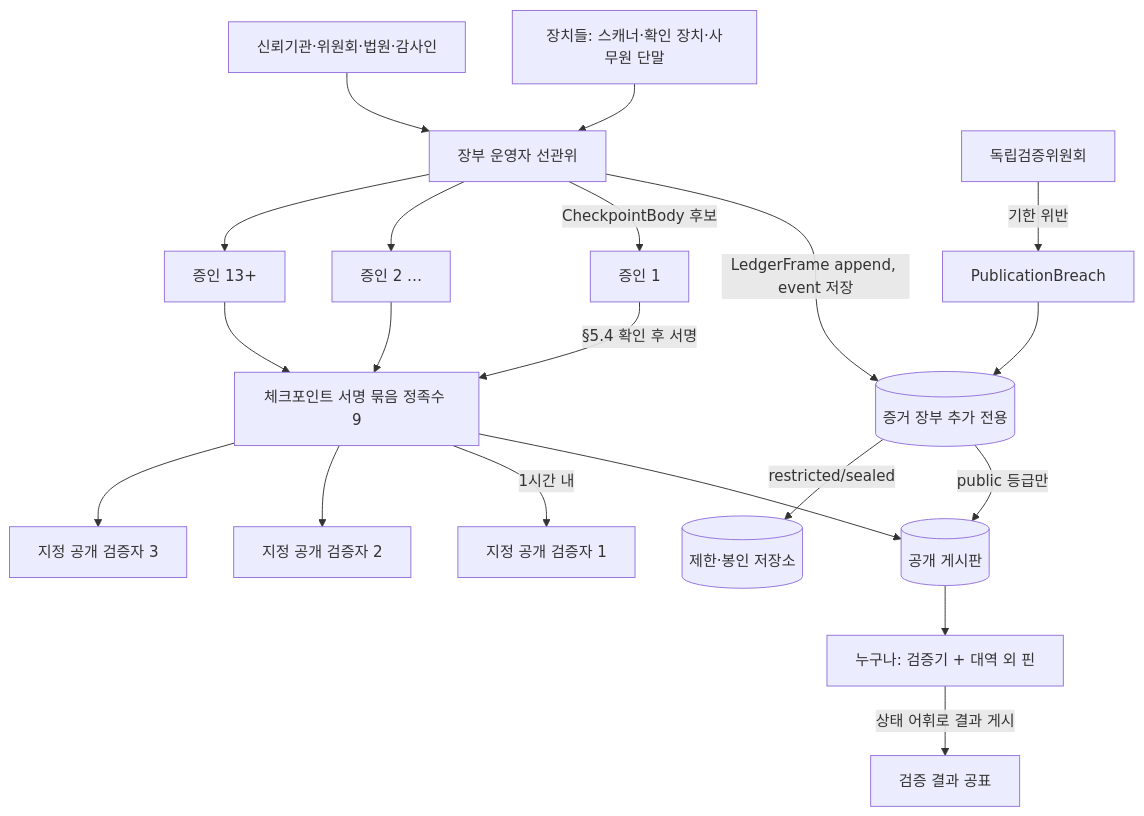
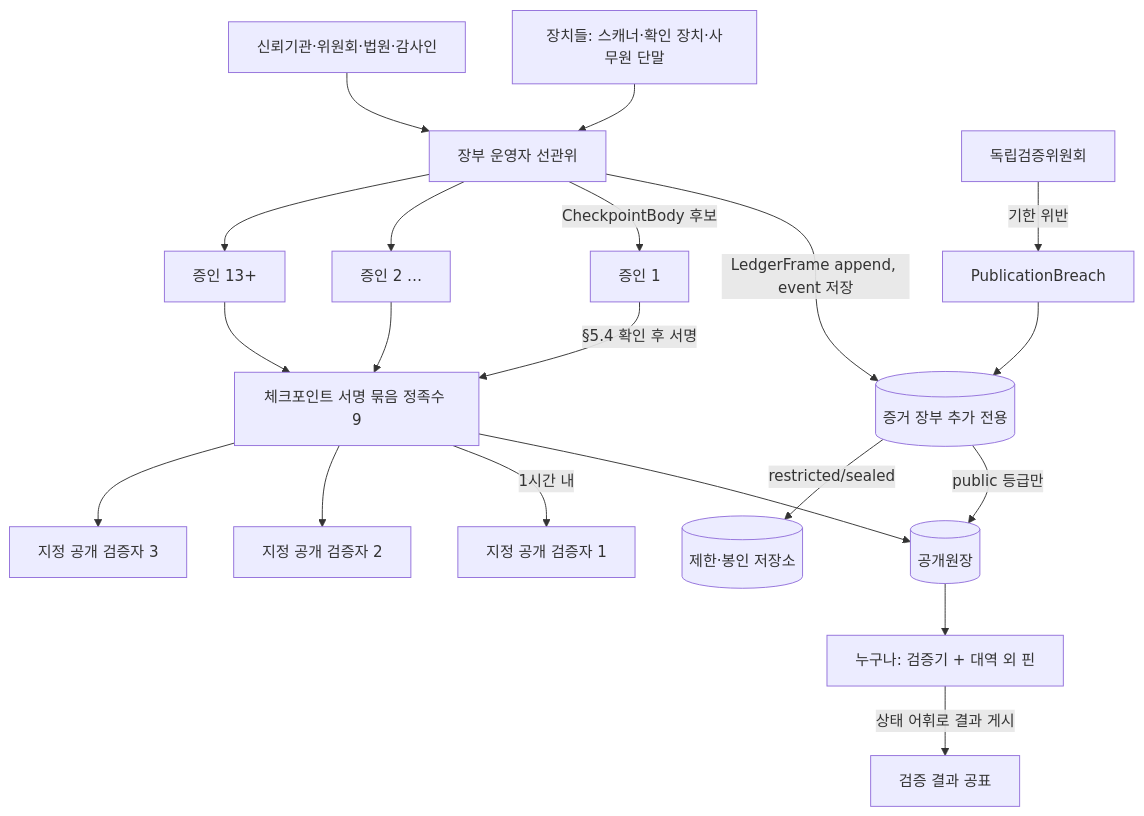
Before and after one commit to dudueul/ityv: the third of 13 diagrams in docs/processing/PROCESSING_FLOWS.md, drawn with Mermaid. The commit also changed other lines of this file and 27 other files, not shown here.

First line of the commit message:
Call the public board 공개원장 (public ledger)

````diff
--- a/docs/processing/PROCESSING_FLOWS.md
+++ b/docs/processing/PROCESSING_FLOWS.md
@@ -88,22 +88,22 @@
 ```mermaid
 flowchart TB
     DEV[장치들: 스캐너·확인 장치·사무원 단말] --> LO[장부 운영자 선관위]
     TR[신뢰기관·위원회·법원·감사인] --> LO
     LO -->|LedgerFrame append, event 저장| LED[(증거 장부 추가 전용)]
-    LED -->|public 등급만| BRD[(공개 게시판)]
+    LED -->|public 등급만| BRD[(공개원장)]
     LED -->|restricted/sealed| RS[(제한·봉인 저장소)]
     LO -->|CheckpointBody 후보| W1[증인 1]
     LO --> W2[증인 2 …]
     LO --> W13[증인 13+]
     W1 -->|§5.4 확인 후 서명| CP[체크포인트 서명 묶음 정족수 9]
     W2 --> CP
     W13 --> CP
     CP --> BRD
     CP -->|1시간 내| PV1[지정 공개 검증자 1]
     CP --> PV2[지정 공개 검증자 2]
     CP --> PV3[지정 공개 검증자 3]
     BRD --> ANY[누구나: 검증기 + 대역 외 핀]
     ANY -->|상태 어휘로 결과 게시| PUB[검증 결과 공표]
     IVC[독립검증위원회] -->|기한 위반| PB[PublicationBreach]
     PB --> LED
 ```
````
